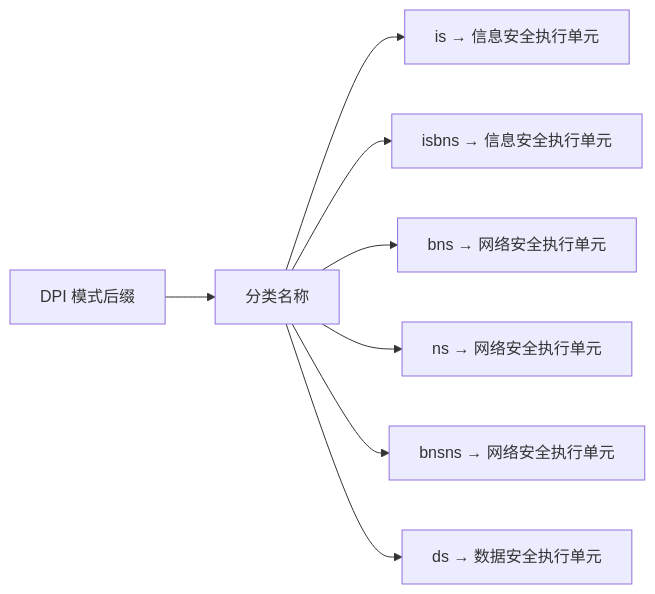
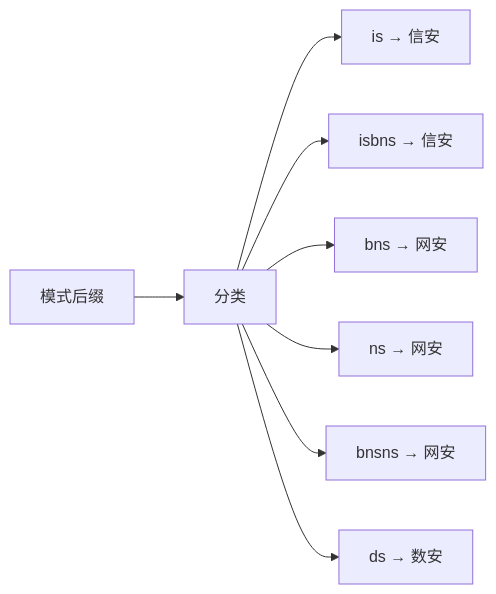
One commit to weihang1258/dpiAutoExcel changed the eighth of 22 diagrams in 系统架构文档.md. Above: the diagram before and after it, drawn with Mermaid. The commit also changed other lines of this file and 1 other file, not shown here.

First line of the commit message:
docs: 进一步优化流程图，统一字体大小和布局

````diff
--- a/系统架构文档.md
+++ b/系统架构文档.md
@@ -238,10 +237,10 @@
 ```mermaid
 graph LR
-    A[DPI 模式后缀] --> B[分类名称]
-    B --> C[is → 信息安全执行单元]
-    B --> D[isbns → 信息安全执行单元]
-    B --> E[bns → 网络安全执行单元]
-    B --> F[ns → 网络安全执行单元]
-    B --> G[bnsns → 网络安全执行单元]
-    B --> H[ds → 数据安全执行单元]
+    A[模式后缀] --> B[分类]
+    B --> C[is → 信安]
+    B --> D[isbns → 信安]
+    B --> E[bns → 网安]
+    B --> F[ns → 网安]
+    B --> G[bnsns → 网安]
+    B --> H[ds → 数安]
 ```
````
